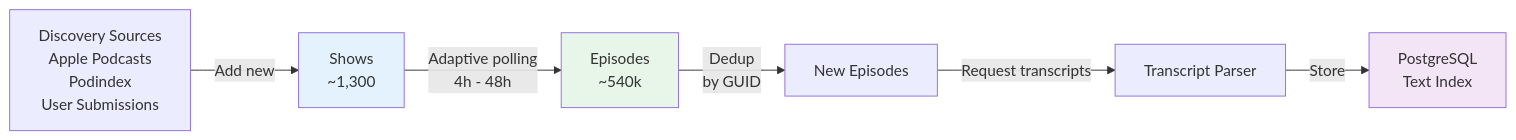
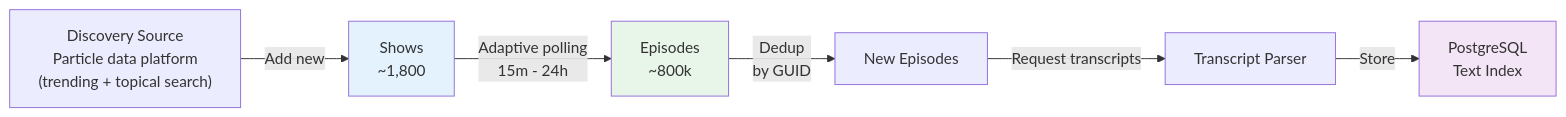
One commit to poornanat1/podcast-retrieval changed the diagram in docs/09-catalog.md. Above: the diagram before and after it, drawn with Mermaid. The commit also changed other lines of this file and 13 other files, not shown here.

````diff
--- a/docs/09-catalog.md
+++ b/docs/09-catalog.md
@@ -7,12 +7,12 @@
 ```mermaid
 graph LR
-    A["Discovery Sources<br/>Apple Podcasts<br/>Podindex<br/>User Submissions"] -->|"Add new"| B["Shows<br/>~1,300"]
-    B -->|"Adaptive polling<br/>4h - 48h"| C["Episodes<br/>~540k"]
+    A["Discovery Source<br/>Particle data platform<br/>(trending + topical search)"] -->|"Add new"| B["Shows<br/>~1,800"]
+    B -->|"Adaptive polling<br/>15m - 24h"| C["Episodes<br/>~800k"]
     C -->|"Dedup<br/>by GUID"| D["New Episodes"]
     D -->|"Request transcripts"| E["Transcript Parser"]
     E -->|"Store"| F["PostgreSQL<br/>Text Index"]
     
     style B fill:#e3f2fd
     style C fill:#e8f5e9
     style F fill:#f3e5f5
 ```
````
